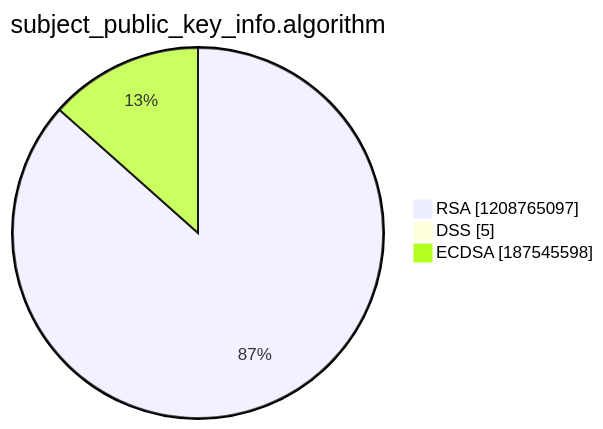
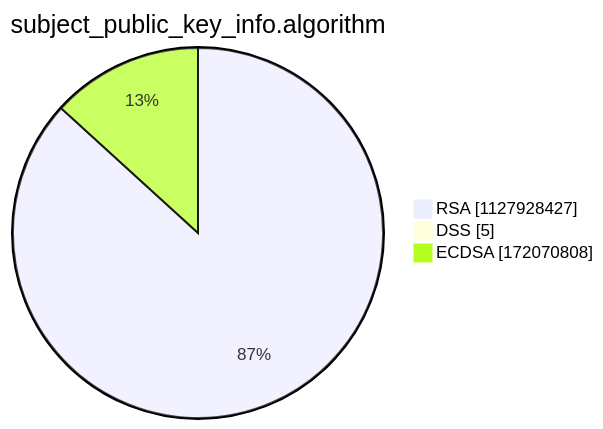
One commit to christiankrug/ctmonitor_visualization changed the third of 15 diagrams in argon2022/README.md. Above: the diagram before and after it, drawn with Mermaid. The commit also changed other lines of this file, not shown here.

````diff
--- a/argon2022/README.md
+++ b/argon2022/README.md
@@ -14,7 +14,7 @@
 ```mermaid
 pie showData
 title subject_public_key_info.algorithm
-"RSA" :1208765097
+"RSA" :1127928427
 "DSS" :5
-"ECDSA" :187545598
+"ECDSA" :172070808
 ```
````
